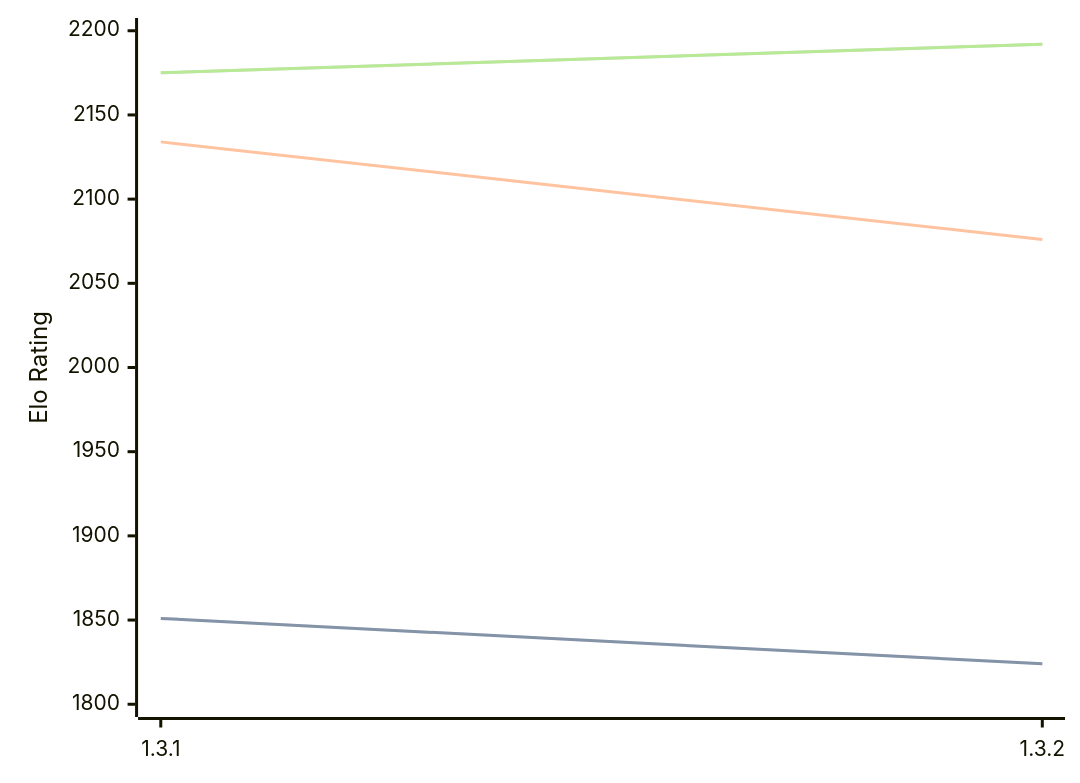
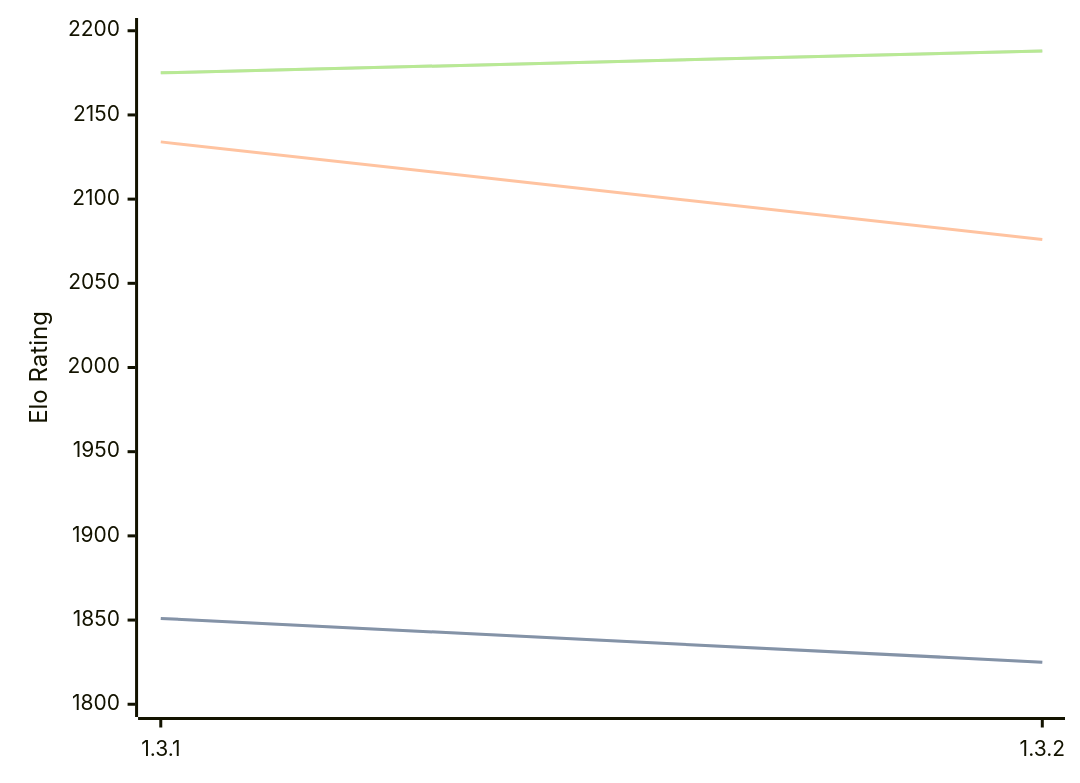
Before and after one commit to computer-chess-index/cci: the first of 3 diagrams in engines/Zugblitz.md, drawn with Mermaid. The commit also changed other lines of this file, not shown here.

Commit message:
Update CCI Ratings (ELO VLTC) - 2026-07-03

````diff
--- a/engines/Zugblitz.md
+++ b/engines/Zugblitz.md
@@ -32,11 +32,11 @@
 ```mermaid
 %%{init: {"theme":"base","themeVariables":{"seriesColors:['#a3a3a3','#222221','#faa371']}}}%%
 xychart-beta
   x-axis ["1.3.1", "1.3.2"]
   y-axis "Elo Rating" 1800 --> 2200
-  line "STC (8.0+0.08s)" [1851, 1824]
-  line "STC (8.0+0.08s)" [1851, 1824]
+  line "STC (8.0+0.08s)" [1851, 1825]
+  line "STC (8.0+0.08s)" [1851, 1825]
   line "LTC (60.0+0.60s)" [2134, 2076]
-  line "VLTC (2m24s+1.12s)" [2175, 2192]
-  line "VLTC (2m24s+1.12s)" [2175, 2192]
+  line "VLTC (2m24s+1.12s)" [2175, 2188]
+  line "VLTC (2m24s+1.12s)" [2175, 2188]
 ```
````
